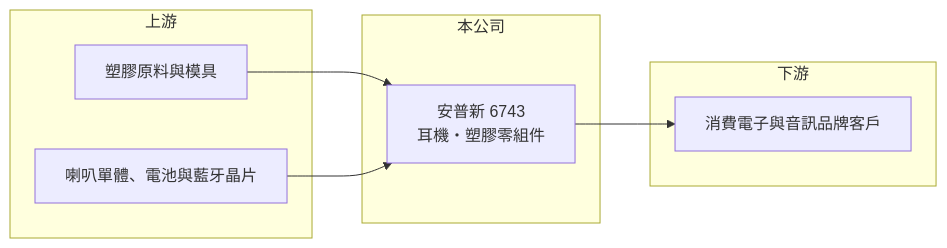
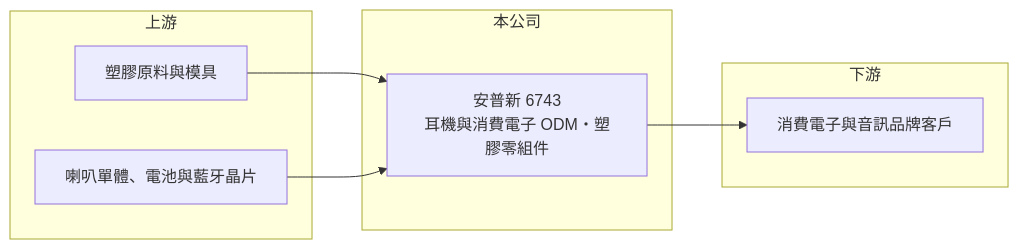
One commit to wangnick1004/taiwan-stock-vault changed the second of 2 diagrams in 個股/台股/6743安普新.md. Above: the diagram before and after it, drawn with Mermaid. The commit also changed other lines of this file and 142 other files, not shown here.

````diff
--- a/個股/台股/6743安普新.md
+++ b/個股/台股/6743安普新.md
@@ -85,16 +100,16 @@
 ```mermaid
 flowchart LR
     subgraph 上游
         A1["塑膠原料與模具"]
         A2["喇叭單體、電池與藍牙晶片"]
     end
     subgraph 本公司
-        B["安普新 6743<br/>耳機・塑膠零組件"]
+        B["安普新 6743<br/>耳機與消費電子 ODM・塑膠零組件"]
     end
     subgraph 下游
         C1["消費電子與音訊品牌客戶"]
     end
     A1 --> B
     A2 --> B
     B --> C1
 ```
````
